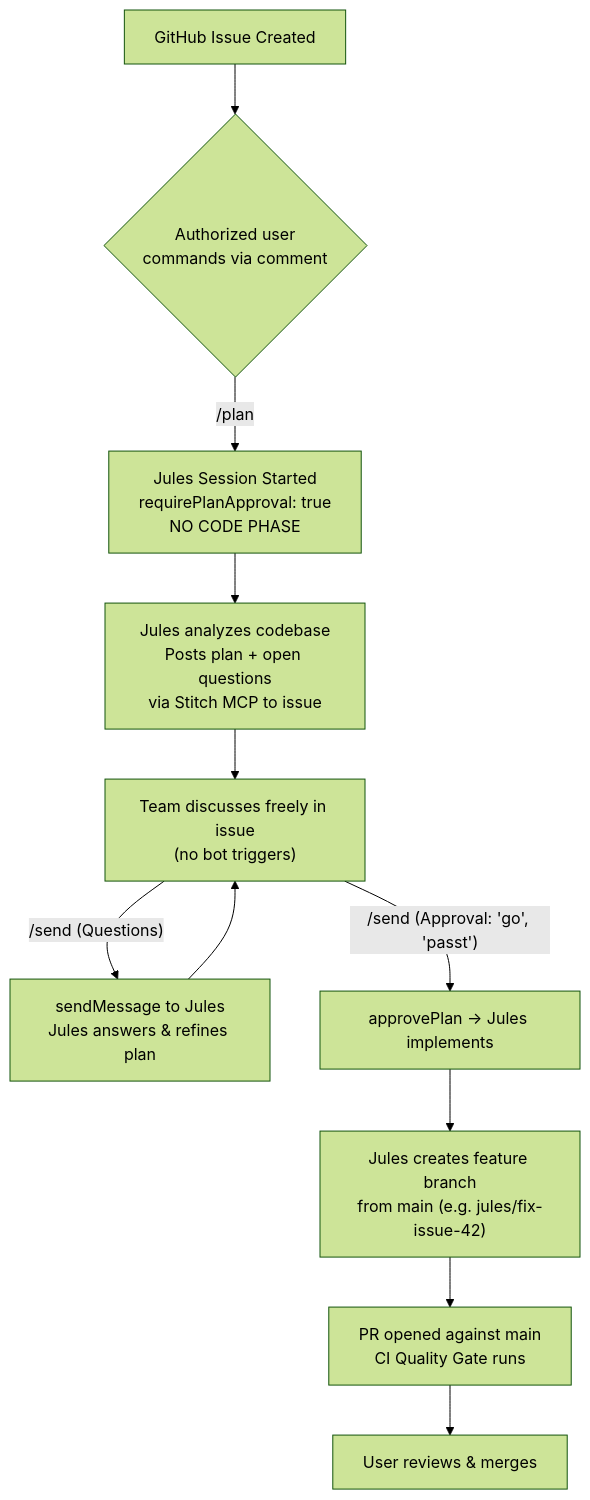
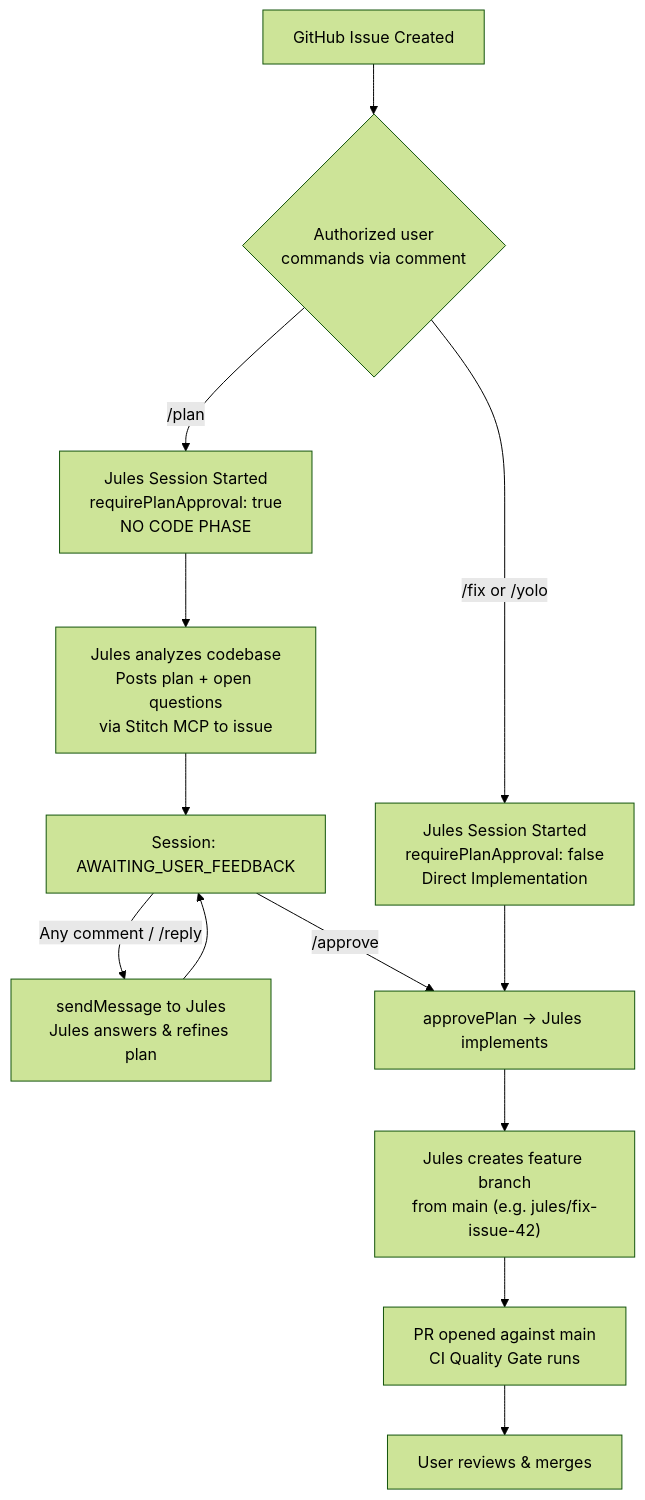
Before and after one commit to suitably/LocalGameGalaxy: the diagram in docs/workflows/jules-pipeline-workflow.md, drawn with Mermaid (forest theme). The commit also changed other lines of this file and 68 other files, not shown here.

````diff
--- a/docs/workflows/jules-pipeline-workflow.md
+++ b/docs/workflows/jules-pipeline-workflow.md
@@ -18,15 +7,18 @@
 ```mermaid
 flowchart TD
     Issue["GitHub Issue Created"] --> Trigger{"Authorized user\ncommands via comment"}
     
     Trigger -->|/plan| PlanSession["Jules Session Started\nrequirePlanApproval: true\nNO CODE PHASE"]
     PlanSession --> JulesAnalyzes["Jules analyzes codebase\nPosts plan + open questions\nvia Stitch MCP to issue"]
-    JulesAnalyzes --> Discussing["Team discusses freely in issue\n(no bot triggers)"]
-    Discussing -->|"/send (Questions)"| SendMsg["sendMessage to Jules\nJules answers & refines plan"]
-    SendMsg --> Discussing
-    Discussing -->|"/send (Approval: 'go', 'passt')"| ApprovePlan["approvePlan → Jules implements"]
+    JulesAnalyzes --> Waiting["Session: AWAITING_USER_FEEDBACK"]
+    Waiting -->|"Any comment / /reply"| SendMsg["sendMessage to Jules\nJules answers & refines plan"]
+    SendMsg --> Waiting
+    Waiting -->|"/approve"| ApprovePlan["approvePlan → Jules implements"]
+
+    Trigger -->|"/fix or /yolo"| DirectFix["Jules Session Started\nrequirePlanApproval: false\nDirect Implementation"]
+    DirectFix --> ApprovePlan
     
     ApprovePlan --> FeatureBranch["Jules creates feature branch\nfrom main (e.g. jules/fix-issue-42)"]
     FeatureBranch --> PRCI["PR opened against main\nCI Quality Gate runs"]
     PRCI --> UserMerge["User reviews & merges"]
 ```
````
